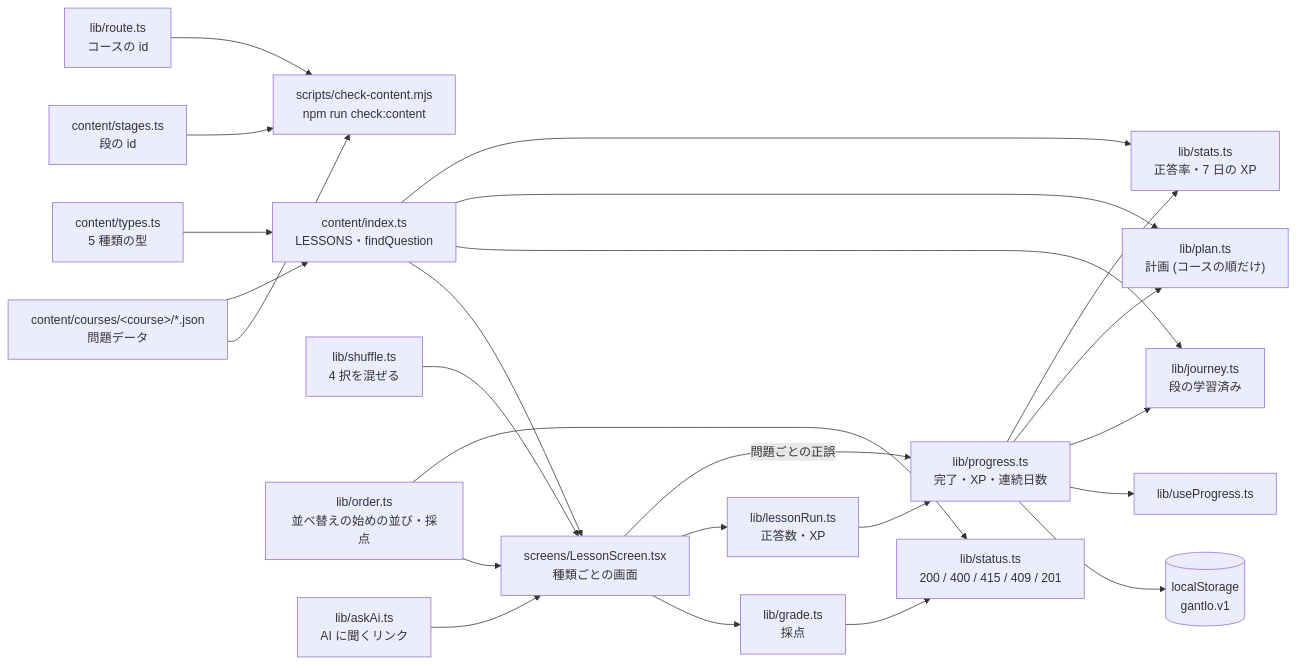
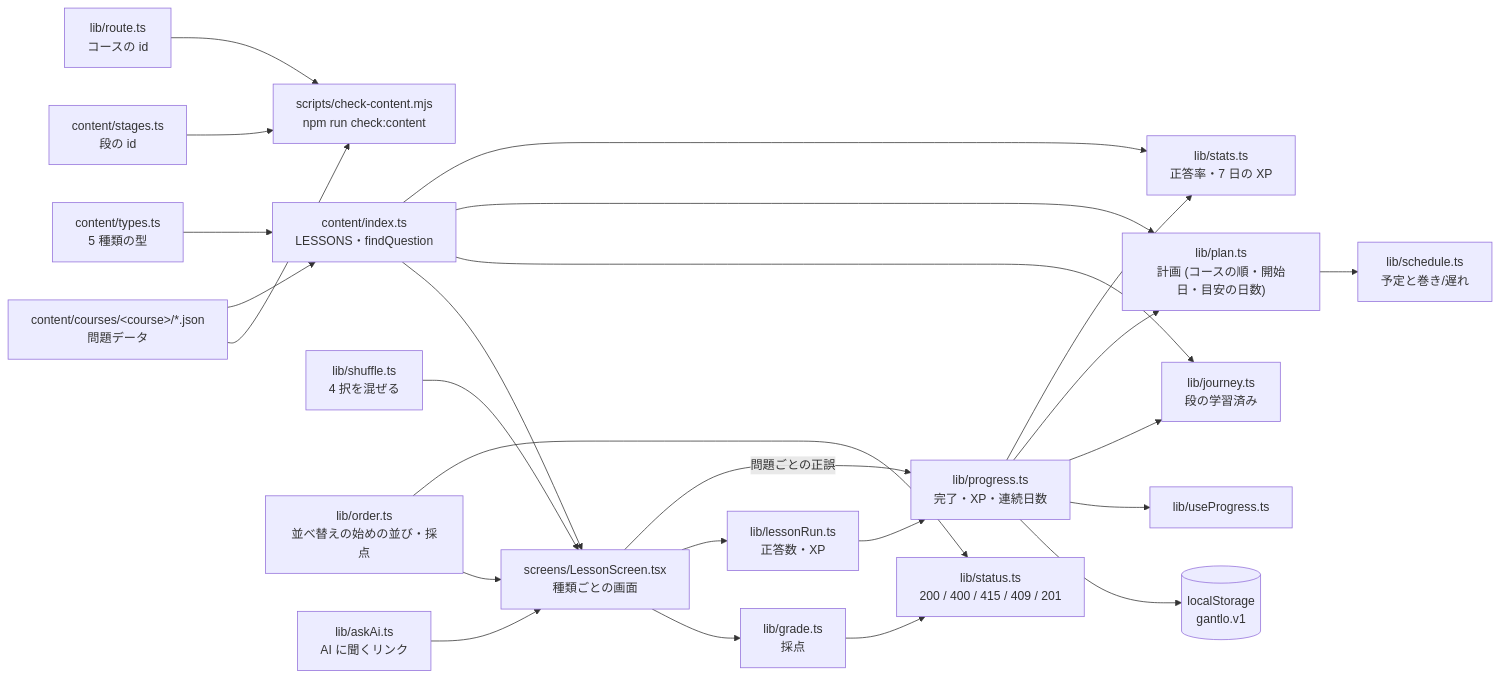
The second of 3 diagrams in README.md (maco165/gantlo), drawn with Mermaid before and after one commit. The commit also changed other lines of this file, not shown here.

First line of the commit message:
README に予定と巻き・遅れの見せ方・数え方・図を足す

````diff
--- a/README.md
+++ b/README.md
@@ -73,26 +75,27 @@
 ```mermaid
 flowchart LR
   json["content/courses/#lt;course#gt;/*.json<br/>問題データ"] --> check["scripts/check-content.mjs<br/>npm run check:content"]
   stages["content/stages.ts<br/>段の id"] --> check
   courses["lib/route.ts<br/>コースの id"] --> check
   json --> index["content/index.ts<br/>LESSONS・findQuestion"]
   types["content/types.ts<br/>5 種類の型"] --> index
   index --> lesson["screens/LessonScreen.tsx<br/>種類ごとの画面"]
   shuffle["lib/shuffle.ts<br/>4 択を混ぜる"] --> lesson
   order["lib/order.ts<br/>並べ替えの始めの並び・採点"] --> lesson
   ask["lib/askAi.ts<br/>AI に聞くリンク"] --> lesson
   lesson --> grade["lib/grade.ts<br/>採点"]
   grade --> st["lib/status.ts<br/>200 / 400 / 415 / 409 / 201"]
   order --> st
   lesson --> run["lib/lessonRun.ts<br/>正答数・XP"]
   run --> progress["lib/progress.ts<br/>完了・XP・連続日数"]
   lesson -->|問題ごとの正誤| progress
   progress --> ls[("localStorage<br/>gantlo.v1")]
   progress --> hook["lib/useProgress.ts"]
   progress --> journey["lib/journey.ts<br/>段の学習済み"]
-  progress --> planlib["lib/plan.ts<br/>計画 (コースの順だけ)"]
+  progress --> planlib["lib/plan.ts<br/>計画 (コースの順・開始日・目安の日数)"]
+  planlib --> schedlib["lib/schedule.ts<br/>予定と巻き/遅れ"]
   index --> journey
   index --> planlib
   progress --> statslib["lib/stats.ts<br/>正答率・7 日の XP"]
   index --> statslib
 ```
````
